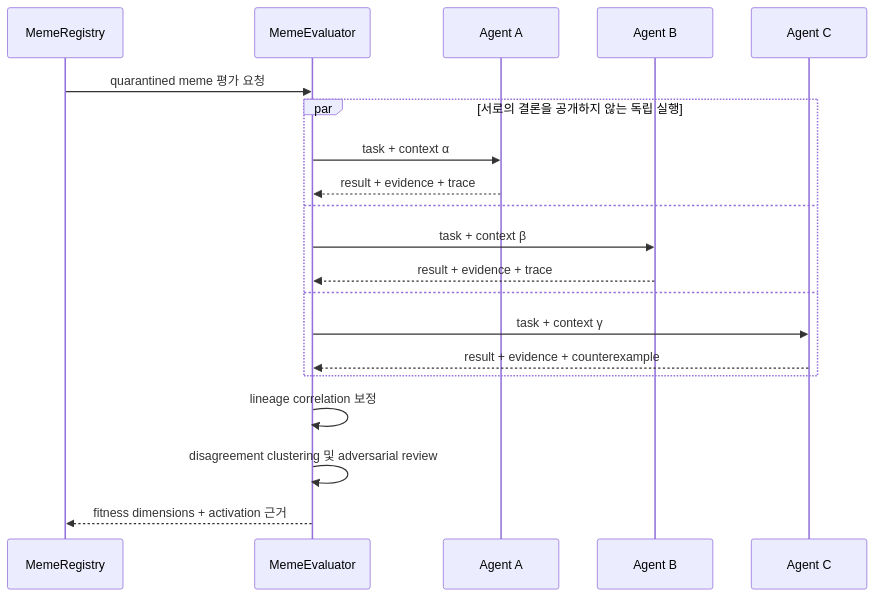
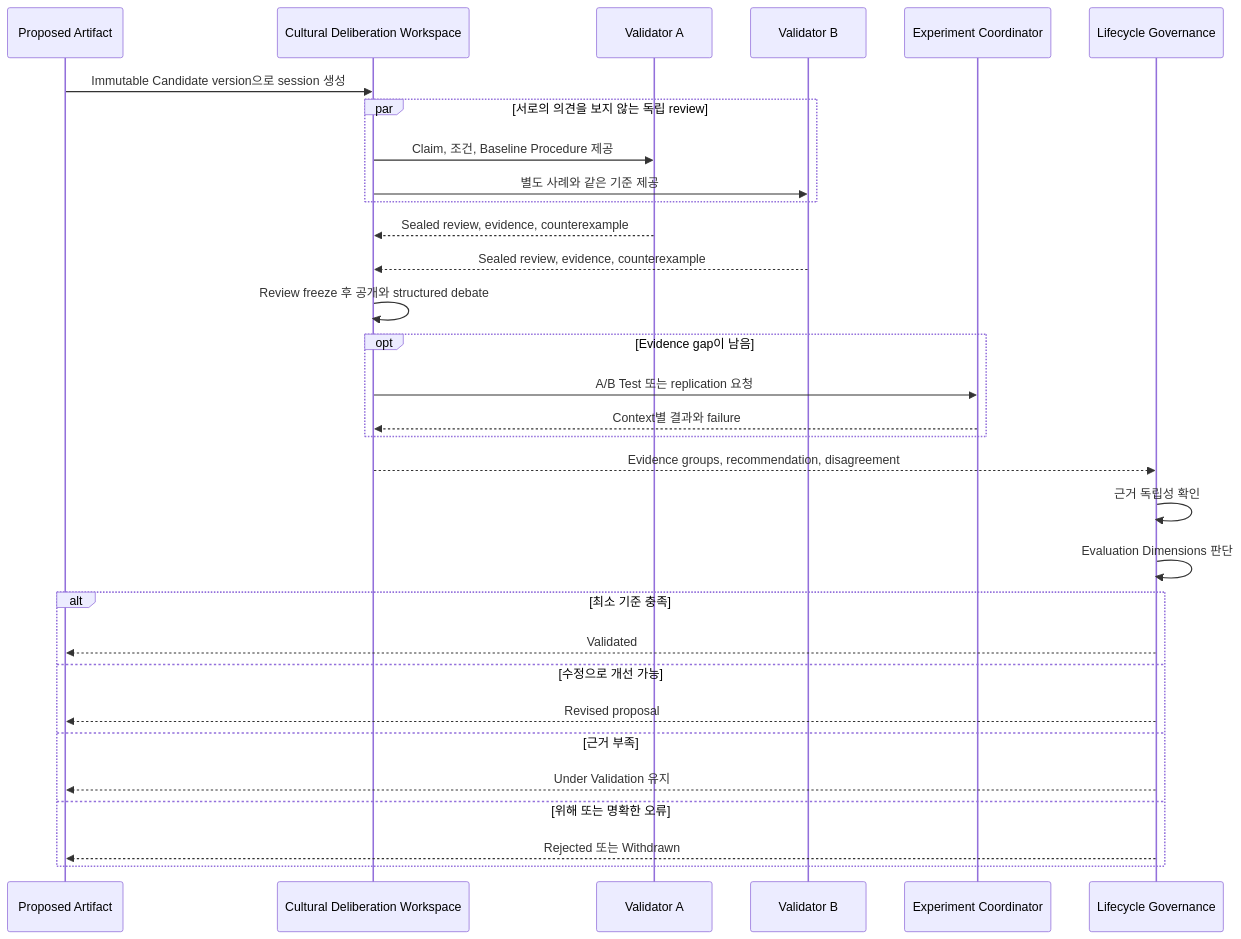
Diagram 19 of 29 in develop/cultural-memory-hivemind.md (hkjeon13/mnemome), drawn with Mermaid before and after one commit. The commit also changed other lines of this file and 60 other files, not shown here.

````diff
--- a/develop/cultural-memory-hivemind.md
+++ b/develop/cultural-memory-hivemind.md
@@ -500,23 +762,35 @@
 ```mermaid
 sequenceDiagram
-    participant R as MemeRegistry
-    participant E as MemeEvaluator
-    participant A as Agent A
-    participant B as Agent B
-    participant C as Agent C
+    participant Proposed as Proposed Artifact
+    participant Session as Cultural Deliberation Workspace
+    participant EvalA as Validator A
+    participant EvalB as Validator B
+    participant Experiment as Experiment Coordinator
+    participant Decision as Lifecycle Governance
 
-    R->>E: quarantined meme 평가 요청
-    par 서로의 결론을 공개하지 않는 독립 실행
-        E->>A: task + context α
-        A-->>E: result + evidence + trace
-    and
-        E->>B: task + context β
-        B-->>E: result + evidence + trace
-    and
-        E->>C: task + context γ
-        C-->>E: result + evidence + counterexample
+    Proposed->>Session: Immutable Candidate version으로 session 생성
+    par 서로의 의견을 보지 않는 독립 review
+        Session->>EvalA: Claim, 조건, Baseline Procedure 제공
+        Session->>EvalB: 별도 사례와 같은 기준 제공
     end
-    E->>E: lineage correlation 보정
-    E->>E: disagreement clustering 및 adversarial review
-    E-->>R: fitness dimensions + activation 근거
+    EvalA-->>Session: Sealed review, evidence, counterexample
+    EvalB-->>Session: Sealed review, evidence, counterexample
+    Session->>Session: Review freeze 후 공개와 structured debate
+    opt Evidence gap이 남음
+        Session->>Experiment: A/B Test 또는 replication 요청
+        Experiment-->>Session: Context별 결과와 failure
+    end
+    Session-->>Decision: Evidence groups, recommendation, disagreement
+    Decision->>Decision: 근거 독립성 확인
+    Decision->>Decision: Evaluation Dimensions 판단
+
+    alt 최소 기준 충족
+        Decision-->>Proposed: Validated
+    else 수정으로 개선 가능
+        Decision-->>Proposed: Revised proposal
+    else 근거 부족
+        Decision-->>Proposed: Under Validation 유지
+    else 위해 또는 명확한 오류
+        Decision-->>Proposed: Rejected 또는 Withdrawn
+    end
 ```
````
